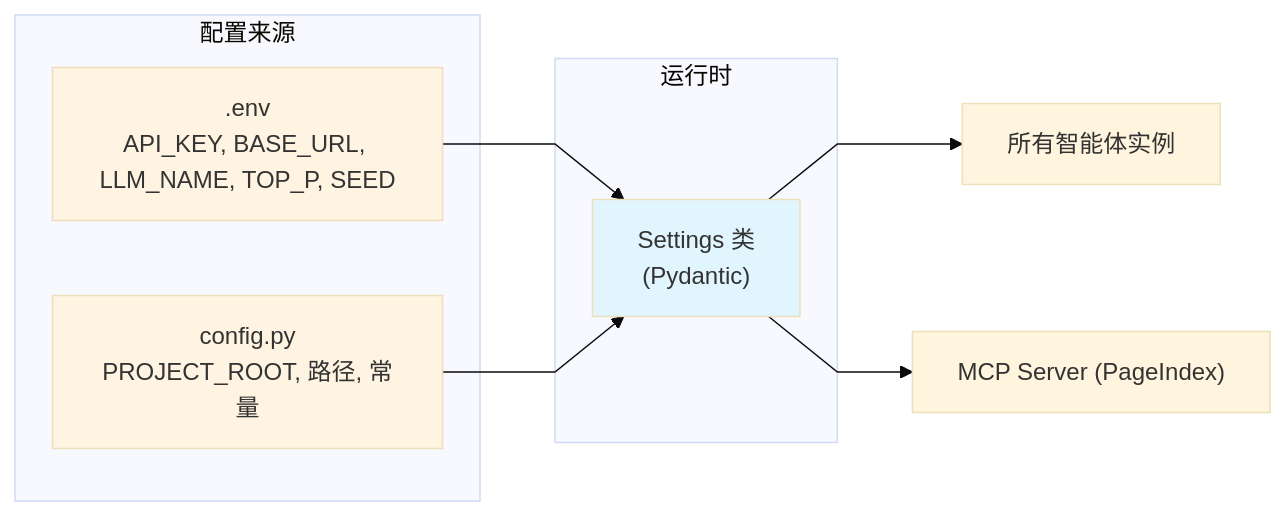
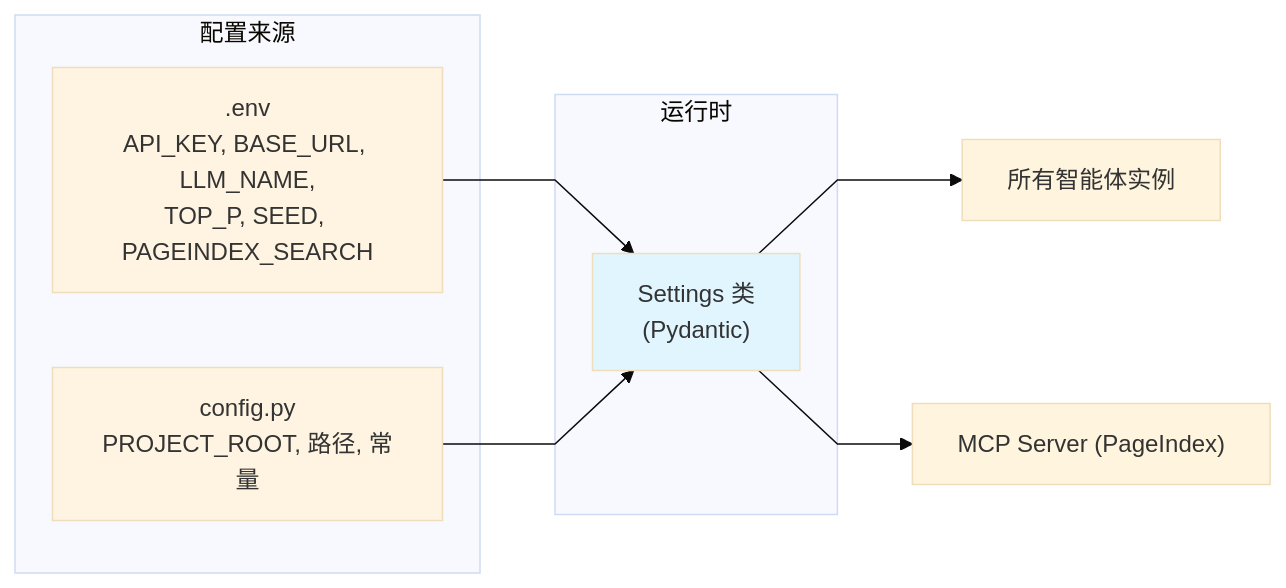
The sixth of 6 diagrams in project_intro/ARCHITECTURE.md (HoeTee/contract_agent), drawn with Mermaid before and after one commit. The commit also changed other lines of this file and 38 other files, not shown here.

````diff
--- a/project_intro/ARCHITECTURE.md
+++ b/project_intro/ARCHITECTURE.md
@@ -239,21 +271,21 @@
 ```mermaid
 %%{init: {'theme':'base', 'flowchart':{'curve':'linear'}}}%%
 graph LR
     subgraph "配置来源"
-        ENV[".env<br/>API_KEY, BASE_URL, LLM_NAME, TOP_P, SEED"]
+        ENV[".env<br/>API_KEY, BASE_URL, LLM_NAME,<br/>TOP_P, SEED, PAGEINDEX_SEARCH"]
         CFG["config.py<br/>PROJECT_ROOT, 路径, 常量"]
     end
 
     subgraph "运行时"
         Settings["Settings 类<br/>(Pydantic)"]
     end
 
     ENV --> Settings
     CFG --> Settings
     Settings --> Agents["所有智能体实例"]
     Settings --> MCPServer["MCP Server (PageIndex)"]
 
     style ENV fill:#fff4e1
     style CFG fill:#fff4e1
     style Settings fill:#e1f5ff
 ```
````
